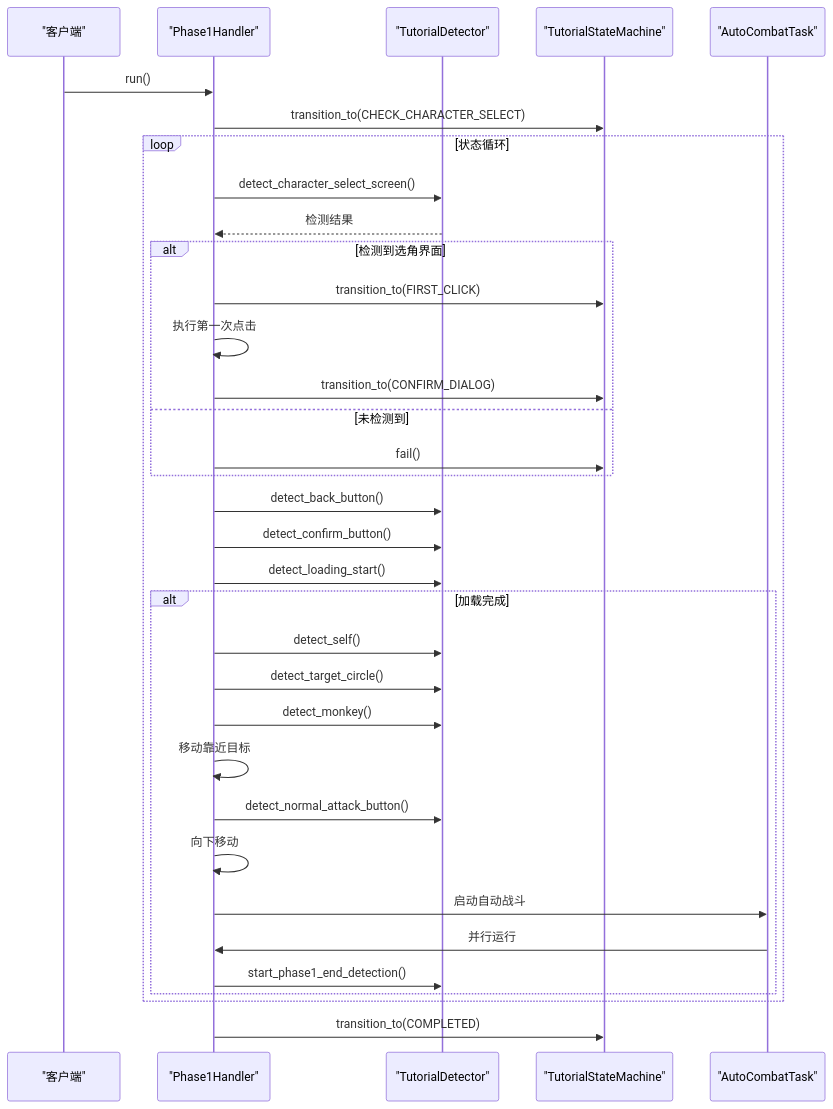
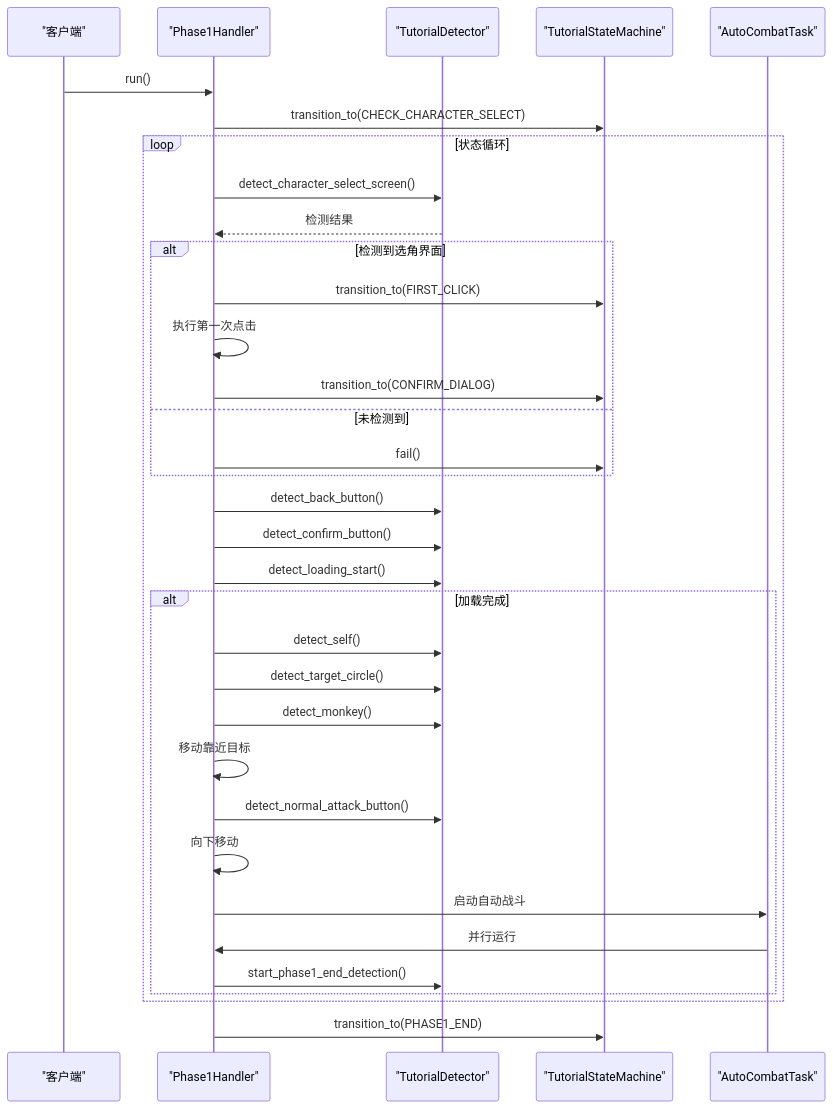
The fourth of 10 diagrams in .qoder/repowiki/zh/content/Auto Tutorial Task.md (xsy098-max/ok-jump), drawn with Mermaid before and after one commit. The commit also changed other lines of this file and 17 other files, not shown here.

````diff
--- a/.qoder/repowiki/zh/content/Auto Tutorial Task.md
+++ b/.qoder/repowiki/zh/content/Auto Tutorial Task.md
@@ -229,36 +251,36 @@
 ```mermaid
 sequenceDiagram
 participant Client as "客户端"
 participant Handler as "Phase1Handler"
 participant Detector as "TutorialDetector"
 participant StateMachine as "TutorialStateMachine"
 participant Combat as "AutoCombatTask"
 Client->>Handler : run()
 Handler->>StateMachine : transition_to(CHECK_CHARACTER_SELECT)
 loop 状态循环
 Handler->>Detector : detect_character_select_screen()
 Detector-->>Handler : 检测结果
 alt 检测到选角界面
 Handler->>StateMachine : transition_to(FIRST_CLICK)
 Handler->>Handler : 执行第一次点击
 Handler->>StateMachine : transition_to(CONFIRM_DIALOG)
 else 未检测到
 Handler->>StateMachine : fail()
 end
 Handler->>Detector : detect_back_button()
 Handler->>Detector : detect_confirm_button()
 Handler->>Detector : detect_loading_start()
 alt 加载完成
 Handler->>Detector : detect_self()
 Handler->>Detector : detect_target_circle()
 Handler->>Detector : detect_monkey()
 Handler->>Handler : 移动靠近目标
 Handler->>Detector : detect_normal_attack_button()
 Handler->>Handler : 向下移动
 Handler->>Combat : 启动自动战斗
 Combat->>Handler : 并行运行
 Handler->>Detector : start_phase1_end_detection()
 end
 end
-Handler->>StateMachine : transition_to(COMPLETED)
+Handler->>StateMachine : transition_to(PHASE1_END)
 ```
````
